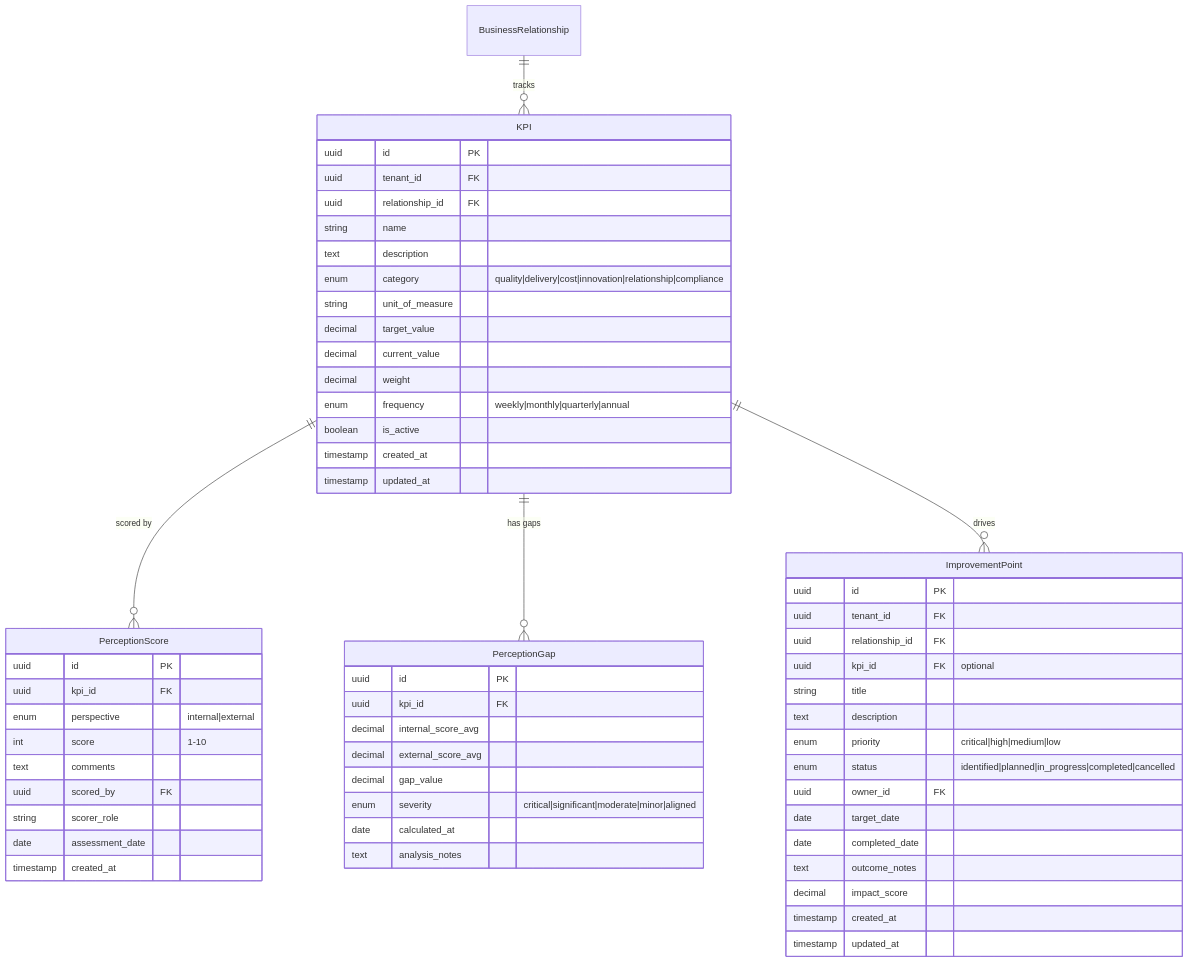
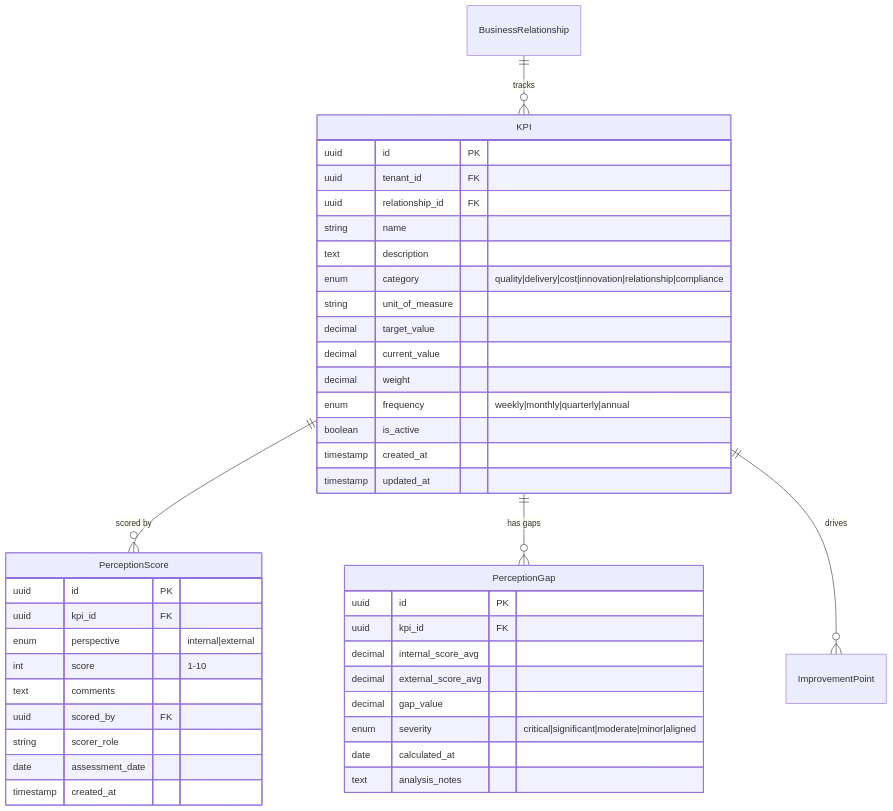
Before and after one commit to jjayarajdev/clm-evaluetor: diagram 29 of 51 in docs/DATA_MODEL.md, drawn with Mermaid. The commit also changed other lines of this file and 19 other files, not shown here.

````diff
--- a/docs/DATA_MODEL.md
+++ b/docs/DATA_MODEL.md
@@ -567,65 +1176,47 @@
 ```mermaid
 erDiagram
     BusinessRelationship ||--o{ KPI : "tracks"
     KPI ||--o{ PerceptionScore : "scored by"
     KPI ||--o{ PerceptionGap : "has gaps"
     KPI ||--o{ ImprovementPoint : "drives"
 
     KPI {
         uuid id PK
         uuid tenant_id FK
         uuid relationship_id FK
         string name
         text description
         enum category "quality|delivery|cost|innovation|relationship|compliance"
         string unit_of_measure
         decimal target_value
         decimal current_value
         decimal weight
         enum frequency "weekly|monthly|quarterly|annual"
         boolean is_active
         timestamp created_at
         timestamp updated_at
     }
 
     PerceptionScore {
         uuid id PK
         uuid kpi_id FK
         enum perspective "internal|external"
         int score "1-10"
         text comments
         uuid scored_by FK
         string scorer_role
         date assessment_date
         timestamp created_at
     }
 
     PerceptionGap {
         uuid id PK
         uuid kpi_id FK
         decimal internal_score_avg
         decimal external_score_avg
         decimal gap_value
         enum severity "critical|significant|moderate|minor|aligned"
         date calculated_at
         text analysis_notes
     }
-
-    ImprovementPoint {
-        uuid id PK
-        uuid tenant_id FK
-        uuid relationship_id FK
-        uuid kpi_id FK "optional"
-        string title
-        text description
-        enum priority "critical|high|medium|low"
-        enum status "identified|planned|in_progress|completed|cancelled"
-        uuid owner_id FK
-        date target_date
-        date completed_date
-        text outcome_notes
-        decimal impact_score
-        timestamp created_at
-        timestamp updated_at
-    }
 ```
````
